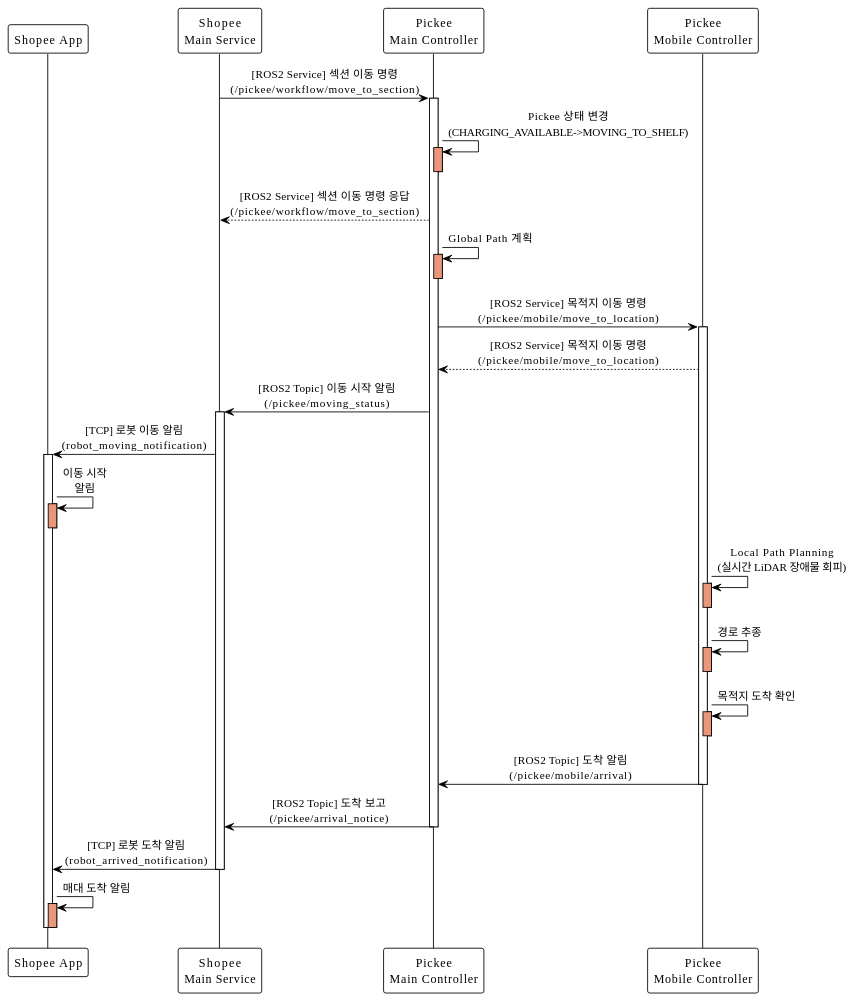
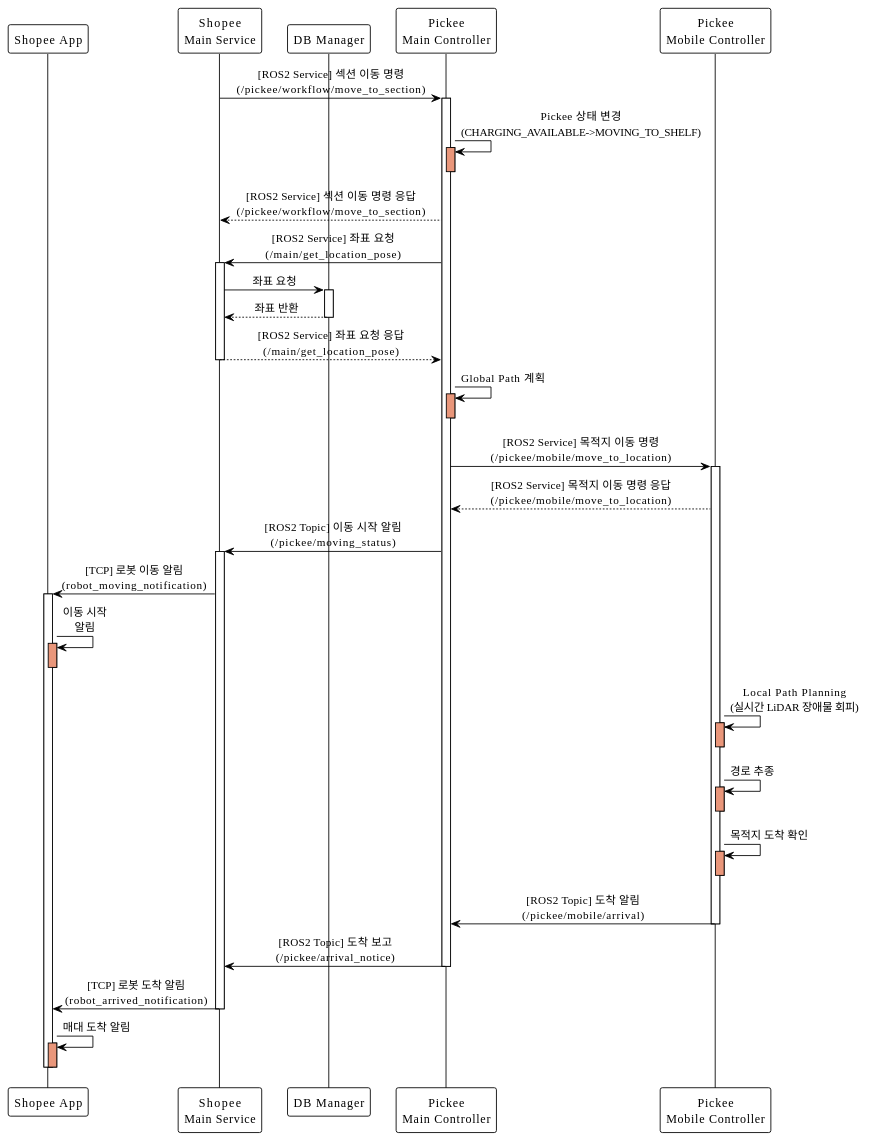
The diagram in docs/SequenceDiagram/SC_02_1.md (addinedu-roscamp-7th/roscamp-repo-1), drawn with PlantUML before and after one commit. The commit also changed 40 other files, not shown here.

```diff
--- a/docs/SequenceDiagram/SC_02_1.md
+++ b/docs/SequenceDiagram/SC_02_1.md
@@ -1,66 +1,76 @@
 @startuml SC_02_1
 !theme plain
 skinparam backgroundColor #FFFFFF
 skinparam sequenceMessageAlign center
 
 participant "Shopee App" as app
 participant "Shopee\nMain Service" as main
+participant "DB Manager" as db_manager
 participant "Pickee\nMain Controller" as pickee_main
 participant "Pickee\nMobile Controller" as pickee_mobile
 
 main -> pickee_main: [ROS2 Service] 섹션 이동 명령\n(/pickee/workflow/move_to_section)
 activate pickee_main
 
 pickee_main -> pickee_main: Pickee 상태 변경\n(CHARGING_AVAILABLE->MOVING_TO_SHELF)
 activate pickee_main #DarkSalmon
 deactivate pickee_main
 
 pickee_main --> main: [ROS2 Service] 섹션 이동 명령 응답\n(/pickee/workflow/move_to_section)
 
+pickee_main -> main: [ROS2 Service] 좌표 요청\n(/main/get_location_pose)
+activate main
+main -> db_manager: 좌표 요청
+activate db_manager
+db_manager --> main: 좌표 반환
+deactivate db_manager
+main --> pickee_main: [ROS2 Service] 좌표 요청 응답\n(/main/get_location_pose)
+deactivate main
+
 pickee_main -> pickee_main: Global Path 계획
 activate pickee_main #DarkSalmon
 deactivate pickee_main
 
 pickee_main -> pickee_mobile: [ROS2 Service] 목적지 이동 명령\n(/pickee/mobile/move_to_location)
 activate pickee_mobile
 
-pickee_mobile --> pickee_main: [ROS2 Service] 목적지 이동 명령\n(/pickee/mobile/move_to_location)
+pickee_mobile --> pickee_main: [ROS2 Service] 목적지 이동 명령 응답\n(/pickee/mobile/move_to_location)
 
 pickee_main -> main: [ROS2 Topic] 이동 시작 알림\n(/pickee/moving_status)
 activate main
 
 main -> app: [TCP] 로봇 이동 알림\n(robot_moving_notification)
 activate app
 
 app -> app: 이동 시작\n알림
 activate app #DarkSalmon
 deactivate app
 
 pickee_mobile -> pickee_mobile: Local Path Planning\n(실시간 LiDAR 장애물 회피)
 activate pickee_mobile #DarkSalmon
 deactivate pickee_mobile
 
 pickee_mobile -> pickee_mobile: 경로 추종
 activate pickee_mobile #DarkSalmon
 deactivate pickee_mobile
 
 pickee_mobile -> pickee_mobile: 목적지 도착 확인
 activate pickee_mobile #DarkSalmon
 deactivate pickee_mobile
 
 pickee_mobile -> pickee_main: [ROS2 Topic] 도착 알림\n(/pickee/mobile/arrival)
 deactivate pickee_mobile
 
 pickee_main -> main: [ROS2 Topic] 도착 보고\n(/pickee/arrival_notice)
 deactivate pickee_main
 
 main -> app: [TCP] 로봇 도착 알림\n(robot_arrived_notification)
 deactivate main
 
 app -> app: 매대 도착 알림
 activate app #DarkSalmon
 deactivate app
 
 deactivate app
 
 @enduml
```
